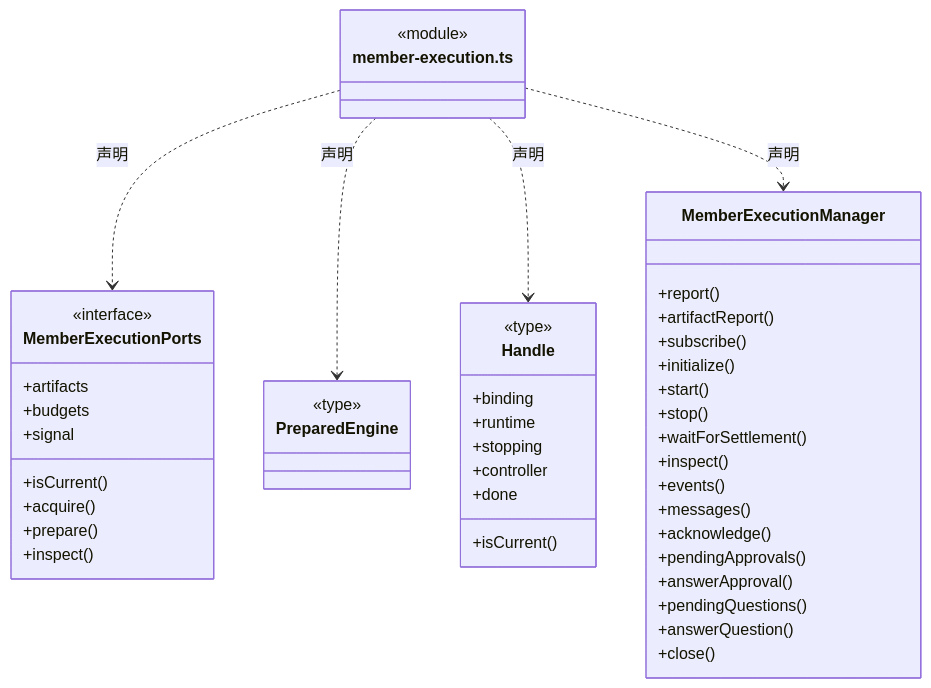
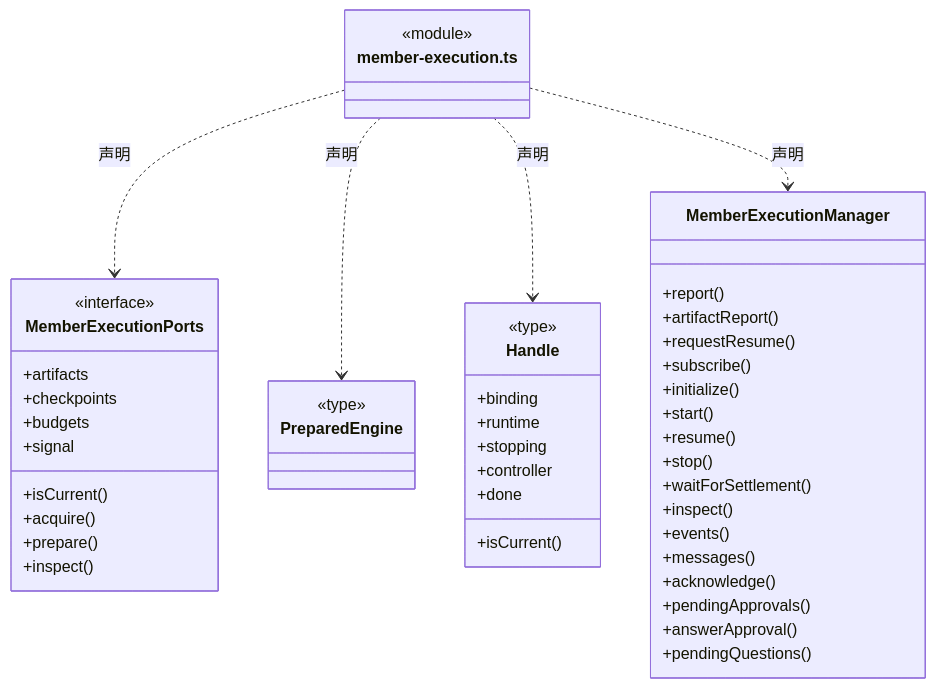
Before and after one commit to nan023062/cbim: diagram 23 of 56 in src/backend/scheduler-engine/execution/ARCHITECTURE.md, drawn with Mermaid. The commit also changed other lines of this file and 85 other files, not shown here.

````diff
--- a/src/backend/scheduler-engine/execution/ARCHITECTURE.md
+++ b/src/backend/scheduler-engine/execution/ARCHITECTURE.md
@@ -590,51 +622,52 @@
 ```mermaid
 classDiagram
 class N_src_backend_scheduler_engine_execution_member_execution_ts["member-execution.ts"] {
   <<module>>
 }
 class N_src_backend_scheduler_engine_execution_member_execution_ts_MemberExecutionPorts["MemberExecutionPorts"] {
   <<interface>>
   +artifacts
+  +checkpoints
   +budgets
   +isCurrent()
   +signal
   +acquire()
   +prepare()
   +inspect()
 }
 N_src_backend_scheduler_engine_execution_member_execution_ts ..> N_src_backend_scheduler_engine_execution_member_execution_ts_MemberExecutionPorts : 声明
 class N_src_backend_scheduler_engine_execution_member_execution_ts_PreparedEngine["PreparedEngine"] {
   <<type>>
 
 }
 N_src_backend_scheduler_engine_execution_member_execution_ts ..> N_src_backend_scheduler_engine_execution_member_execution_ts_PreparedEngine : 声明
 class N_src_backend_scheduler_engine_execution_member_execution_ts_Handle["Handle"] {
   <<type>>
   +binding
   +runtime
   +stopping
   +isCurrent()
   +controller
   +done
 }
 N_src_backend_scheduler_engine_execution_member_execution_ts ..> N_src_backend_scheduler_engine_execution_member_execution_ts_Handle : 声明
 class N_src_backend_scheduler_engine_execution_member_execution_ts_MemberExecutionManager["MemberExecutionManager"] {
   +report()
   +artifactReport()
+  +requestResume()
   +subscribe()
   +initialize()
   +start()
+  +resume()
   +stop()
   +waitForSettlement()
   +inspect()
   +events()
   +messages()
   +acknowledge()
   +pendingApprovals()
   +answerApproval()
   +pendingQuestions()
-  +answerQuestion()
-  +close()
 }
 N_src_backend_scheduler_engine_execution_member_execution_ts ..> N_src_backend_scheduler_engine_execution_member_execution_ts_MemberExecutionManager : 声明
 ```
````
